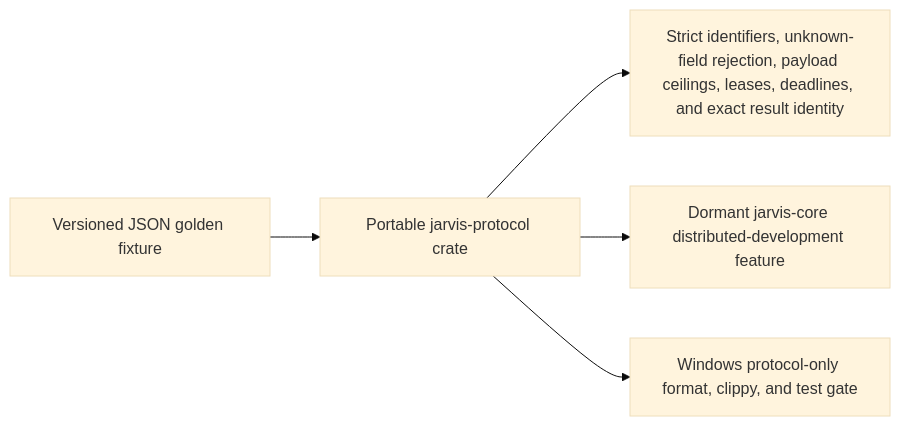
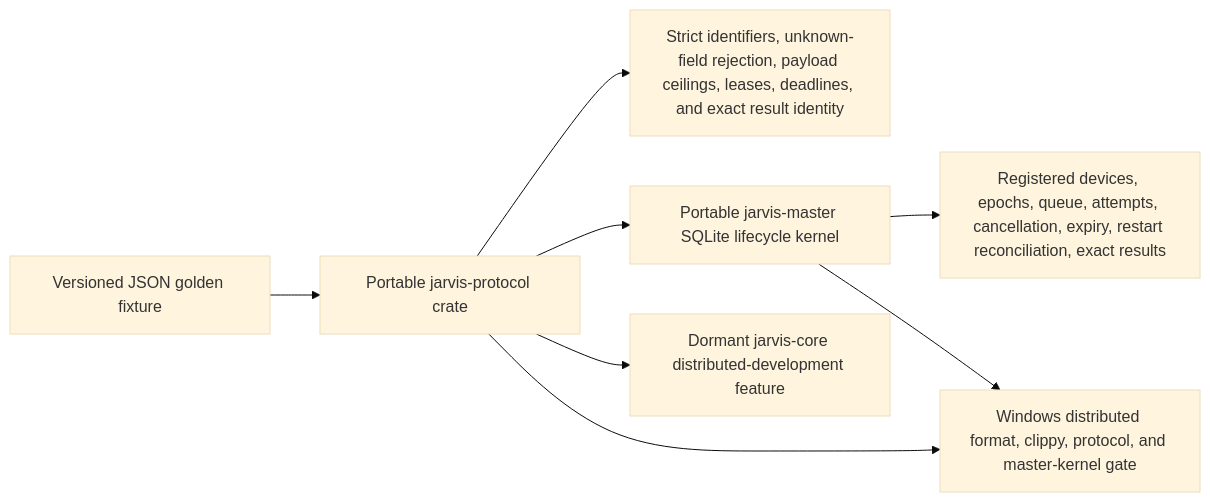
Before and after one commit to malak333/Assemblywright: the first of 18 diagrams in docs/architecture-map.md, drawn with Mermaid (base theme). The commit also changed other lines of this file and 13 other files, not shown here.

Commit message:
Add durable Windows master kernel

````diff
--- a/docs/architecture-map.md
+++ b/docs/architecture-map.md
@@ -7,7 +7,10 @@
 ```mermaid
 flowchart LR
   Fixture["Versioned JSON golden fixture"] --> Protocol["Portable jarvis-protocol crate"]
   Protocol --> Bounds["Strict identifiers, unknown-field rejection, payload ceilings, leases, deadlines, and exact result identity"]
+  Protocol --> Master["Portable jarvis-master SQLite lifecycle kernel"]
+  Master --> Durable["Registered devices, epochs, queue, attempts, cancellation, expiry, restart reconciliation, exact results"]
   Protocol --> Feature["Dormant jarvis-core distributed-development feature"]
-  Protocol --> Windows["Windows protocol-only format, clippy, and test gate"]
+  Protocol --> Windows["Windows distributed format, clippy, protocol, and master-kernel gate"]
+  Master --> Windows
 ```
````
